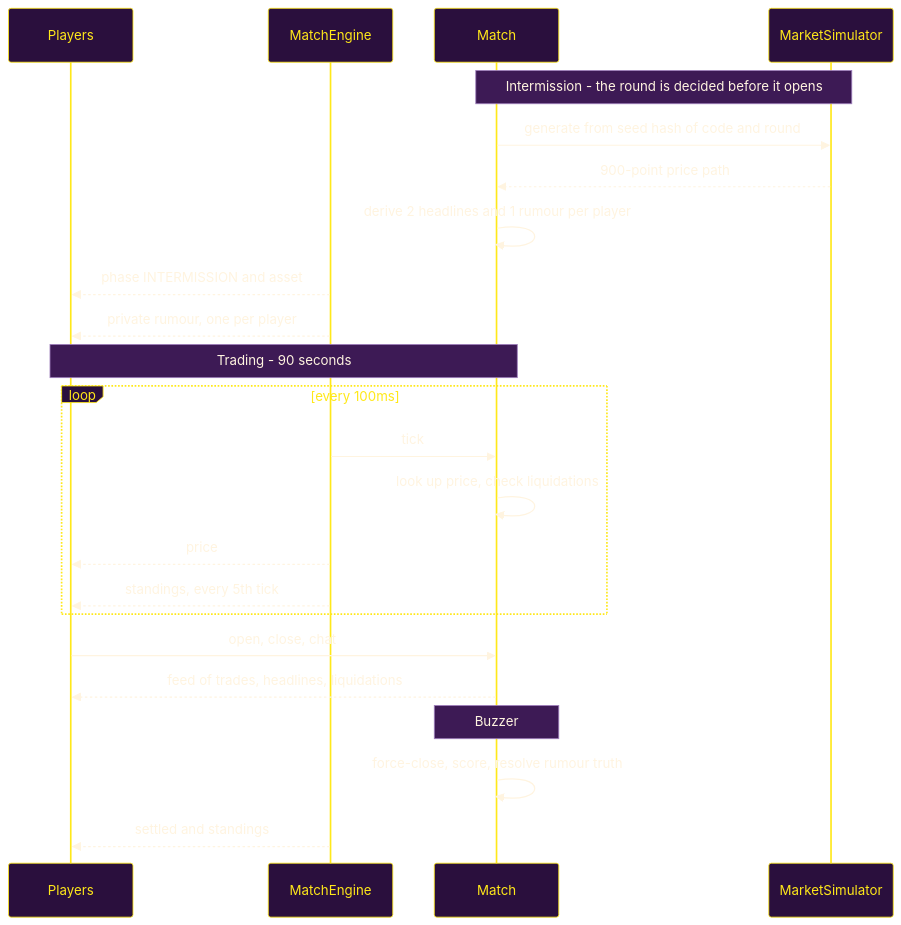
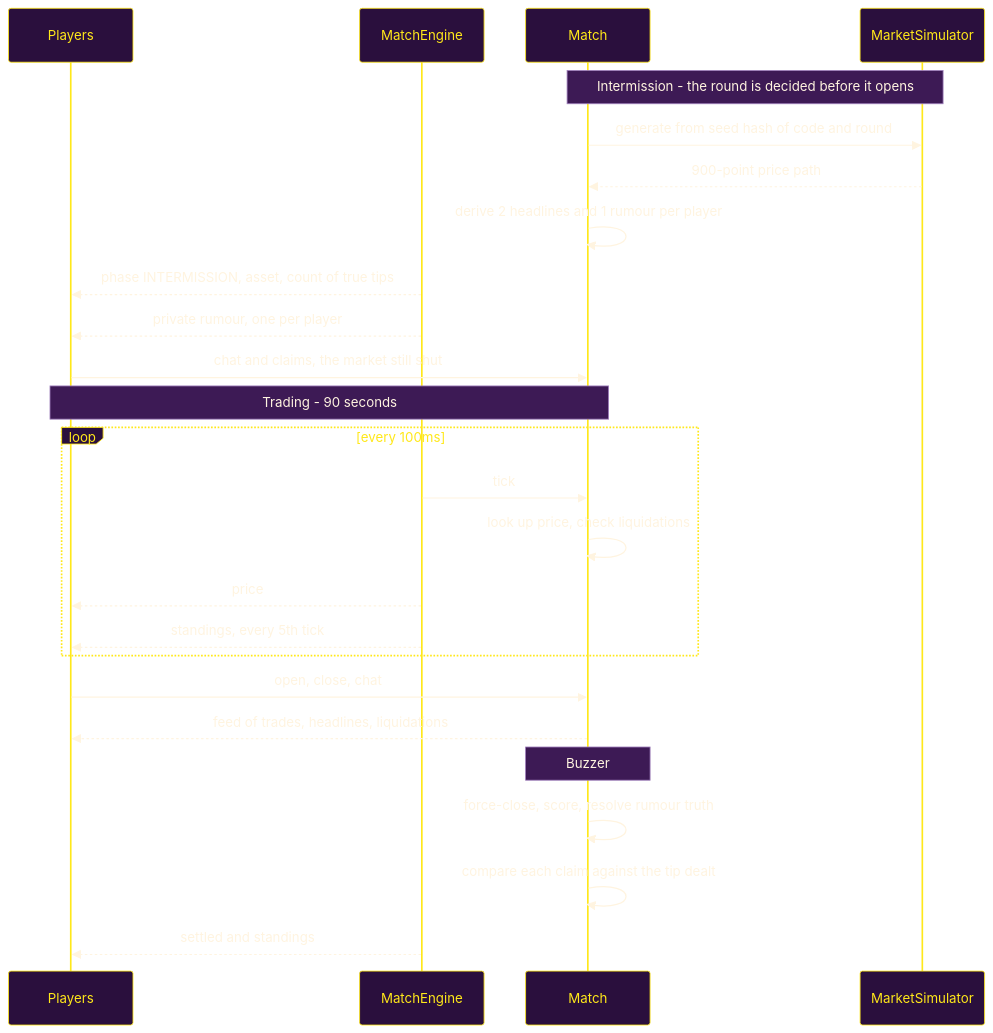
One commit to pushkqr/stonk-royale changed the first of 2 diagrams in README.md. Above: the diagram before and after it, drawn with Mermaid. The commit also changed other lines of this file and 5 other files, not shown here.

````diff
--- a/README.md
+++ b/README.md
@@ -97,29 +125,31 @@
 ```mermaid
 %%{init: {'theme':'base','themeVariables':{'primaryColor':'#2A0F3D','primaryTextColor':'#FFF4E0','primaryBorderColor':'#FFE81A','lineColor':'#FFE81A','actorBkg':'#2A0F3D','actorBorder':'#FFE81A','actorTextColor':'#FFE81A','signalColor':'#FFF4E0','signalTextColor':'#FFF4E0','noteBkgColor':'#3D1A55','noteTextColor':'#FFF4E0','noteBorderColor':'#9E7EBB'}}}%%
 sequenceDiagram
     participant P as Players
     participant E as MatchEngine
     participant M as Match
     participant S as MarketSimulator
 
     Note over M,S: Intermission - the round is decided before it opens
     M->>S: generate from seed hash of code and round
     S-->>M: 900-point price path
     M->>M: derive 2 headlines and 1 rumour per player
-    E-->>P: phase INTERMISSION and asset
+    E-->>P: phase INTERMISSION, asset, count of true tips
     E-->>P: private rumour, one per player
+    P->>M: chat and claims, the market still shut
 
     Note over P,M: Trading - 90 seconds
     loop every 100ms
         E->>M: tick
         M->>M: look up price, check liquidations
         E-->>P: price
         E-->>P: standings, every 5th tick
     end
     P->>M: open, close, chat
     M-->>P: feed of trades, headlines, liquidations
 
     Note over M: Buzzer
     M->>M: force-close, score, resolve rumour truth
+    M->>M: compare each claim against the tip dealt
     E-->>P: settled and standings
 ```
````
